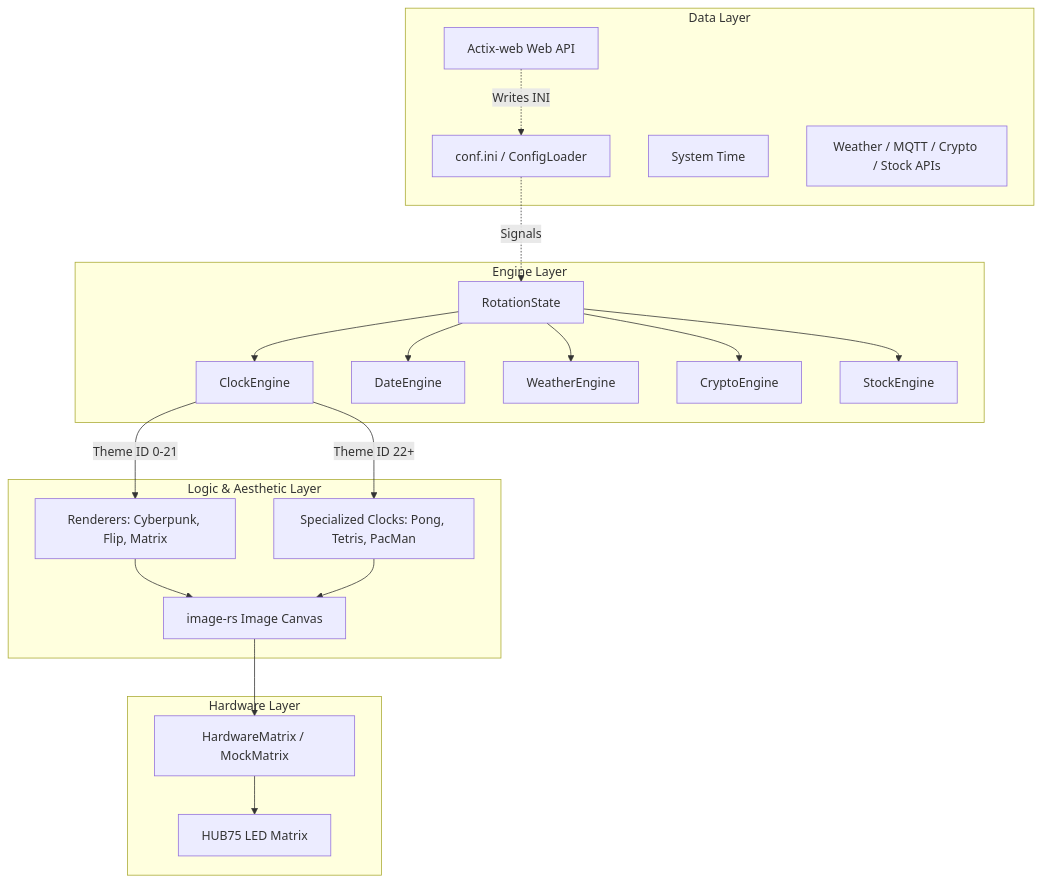
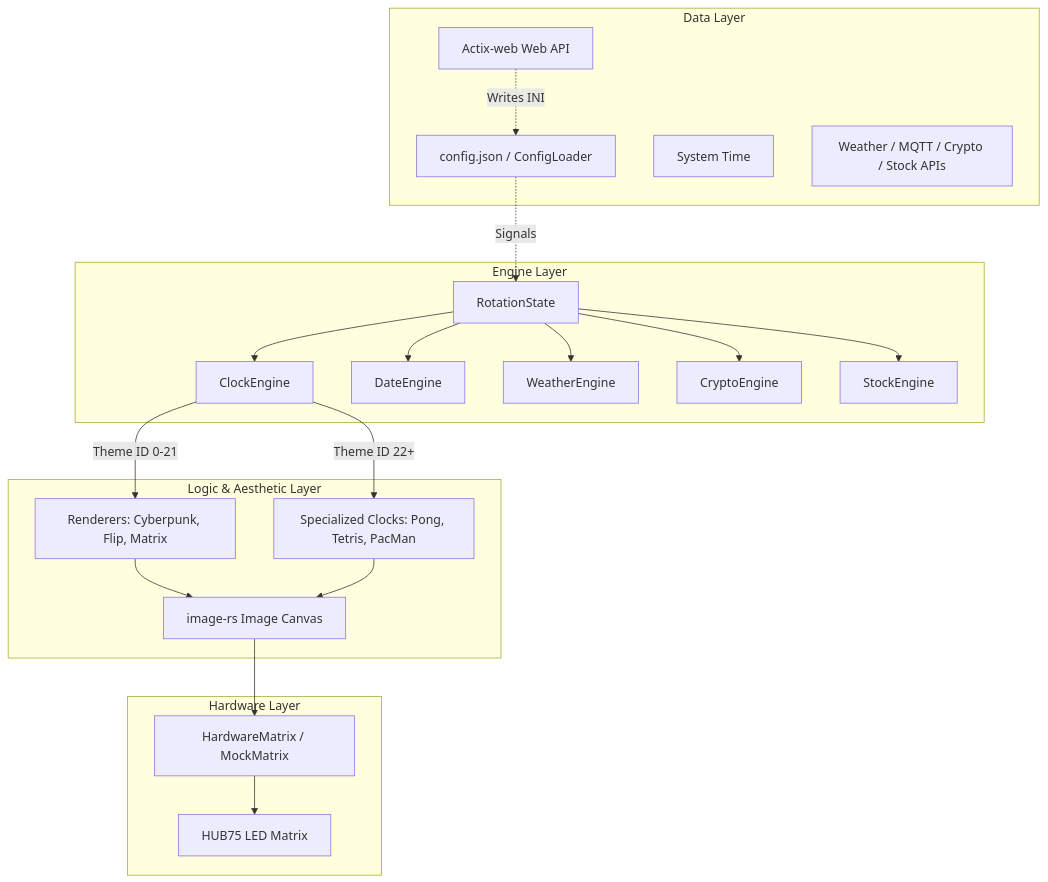
One commit to red77290/ArcadeMatrix_RPI changed the diagram in docs/ARCHITECTURE.md. Above: the diagram before and after it, drawn with Mermaid. The commit also changed 33 other files, not shown here.

Commit message:
S13/S14: Architecture Parity, Lazy-Once Lifecycle & Docs

````diff
--- a/docs/ARCHITECTURE.md
+++ b/docs/ARCHITECTURE.md
@@ -24,34 +24,34 @@
 ```mermaid
 graph TD
     subgraph Data Layer
         API[Actix-web Web API]
-        Config[conf.ini / ConfigLoader]
+        Config[config.json / ConfigLoader]
         Time[System Time]
         Network[Weather / MQTT / Crypto / Stock APIs]
     end
 
     subgraph Engine Layer
         Rot[RotationState]
         ClockE[ClockEngine]
         DateE[DateEngine]
         WeathE[WeatherEngine]
         CryptoE[CryptoEngine]
         StockE[StockEngine]
         Rot --> ClockE & DateE & WeathE & CryptoE & StockE
     end
 
     subgraph Logic & Aesthetic Layer
         ClockE -->|Theme ID 0-21| Renderers[Renderers: Cyberpunk, Flip, Matrix]
         ClockE -->|Theme ID 22+| SpClocks[Specialized Clocks: Pong, Tetris, PacMan]
         Renderers --> Pil[image-rs Image Canvas]
         SpClocks --> Pil
     end
 
     subgraph Hardware Layer
         Pil --> Wrapper[HardwareMatrix / MockMatrix]
         Wrapper --> Hardware[HUB75 LED Matrix]
     end
 
     API -.->|Writes INI| Config
     Config -.->|Signals| Rot
 ```
````
